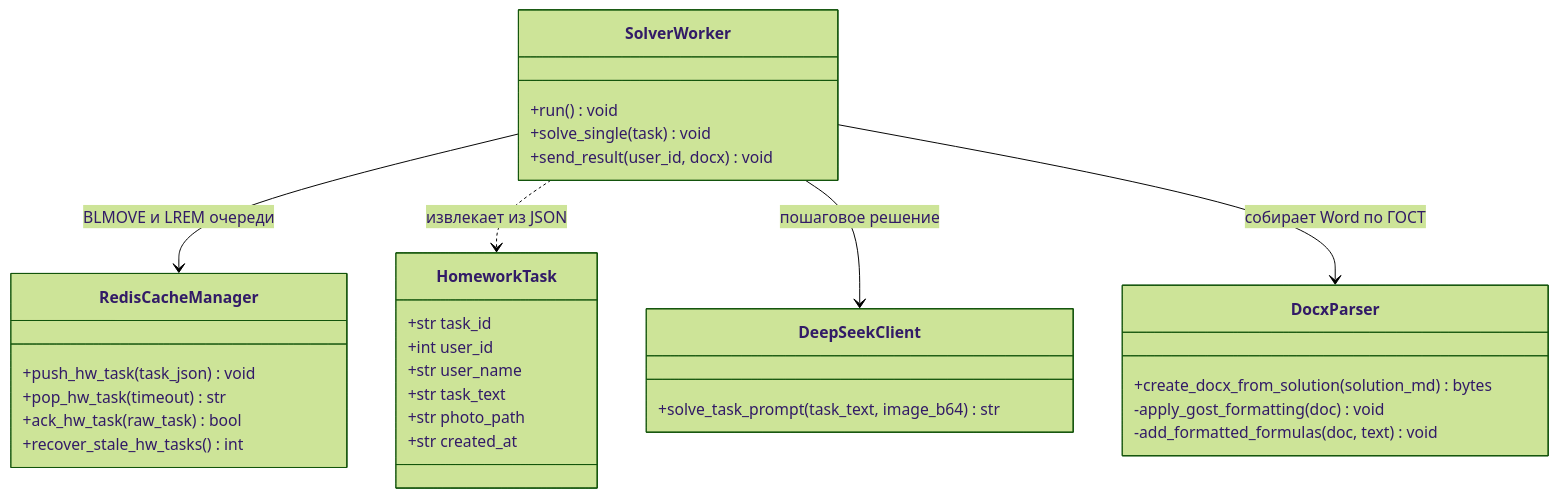
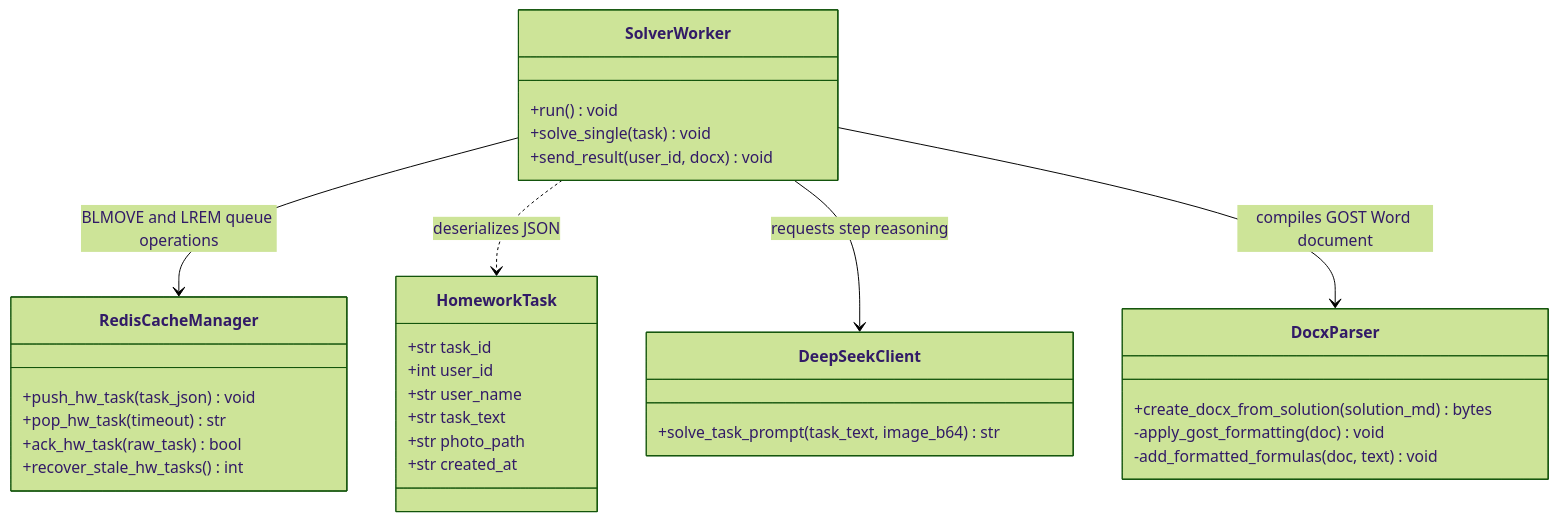
The fifth of 7 diagrams in docs/UML.md (Utkautka1/para), drawn with Mermaid (forest theme) before and after one commit. The commit also changed other lines of this file, not shown here.

Commit message:
docs: перевести UML.md и связи диаграмм на английский язык

````diff
--- a/docs/UML.md
+++ b/docs/UML.md
@@ -355,41 +355,41 @@
 ```mermaid
 classDiagram
     direction TB
 
     class HomeworkTask {
         +str task_id
         +int user_id
         +str user_name
         +str task_text
         +str photo_path
         +str created_at
     }
 
     class RedisCacheManager {
         +push_hw_task(task_json) void
         +pop_hw_task(timeout) str
         +ack_hw_task(raw_task) bool
         +recover_stale_hw_tasks() int
     }
 
     class SolverWorker {
         +run() void
         +solve_single(task) void
         +send_result(user_id, docx) void
     }
 
     class DocxParser {
         +create_docx_from_solution(solution_md) bytes
         -apply_gost_formatting(doc) void
         -add_formatted_formulas(doc, text) void
     }
 
     class DeepSeekClient {
         +solve_task_prompt(task_text, image_b64) str
     }
 
-    SolverWorker --> RedisCacheManager : BLMOVE и LREM очереди
-    SolverWorker ..> HomeworkTask : извлекает из JSON
-    SolverWorker --> DeepSeekClient : пошаговое решение
-    SolverWorker --> DocxParser : собирает Word по ГОСТ
+    SolverWorker --> RedisCacheManager : BLMOVE and LREM queue operations
+    SolverWorker ..> HomeworkTask : deserializes JSON
+    SolverWorker --> DeepSeekClient : requests step reasoning
+    SolverWorker --> DocxParser : compiles GOST Word document
 ```
````
